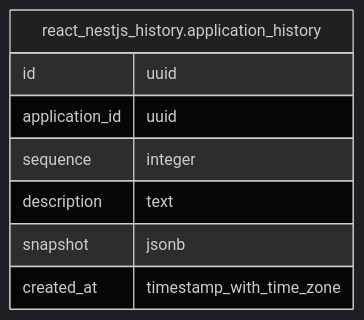
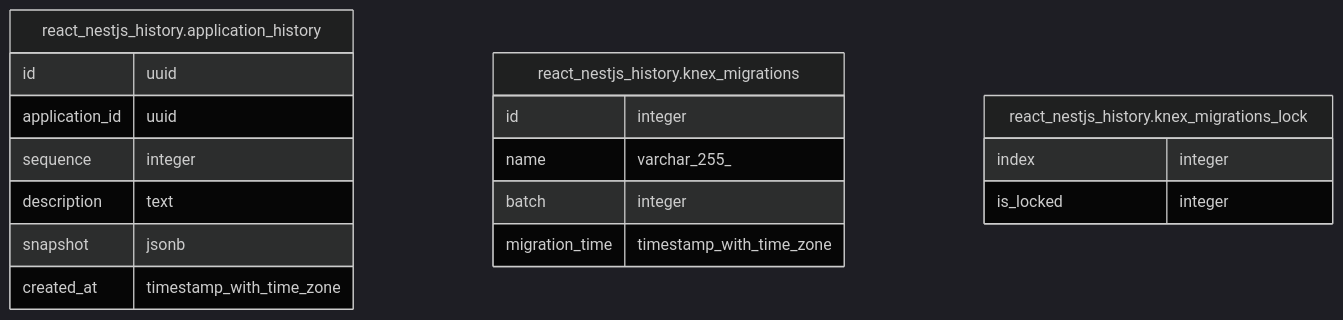
Before and after one commit to WhatIfWeDigDeeper/application-tracker: the diagram in docs/schema/react-nestjs-history/README.md, drawn with Mermaid (dark theme). The commit also changed other lines of this file and 120 other files, not shown here.

````diff
--- a/docs/schema/react-nestjs-history/README.md
+++ b/docs/schema/react-nestjs-history/README.md
@@ -11,12 +42,23 @@
 ```mermaid
 erDiagram
+
 
 "react_nestjs_history.application_history" {
   id uuid
   application_id uuid
   sequence integer
   description text
   snapshot jsonb
   created_at timestamp_with_time_zone
 }
+"react_nestjs_history.knex_migrations" {
+  id integer
+  name varchar_255_
+  batch integer
+  migration_time timestamp_with_time_zone
+}
+"react_nestjs_history.knex_migrations_lock" {
+  index integer
+  is_locked integer
+}
 ```
````
